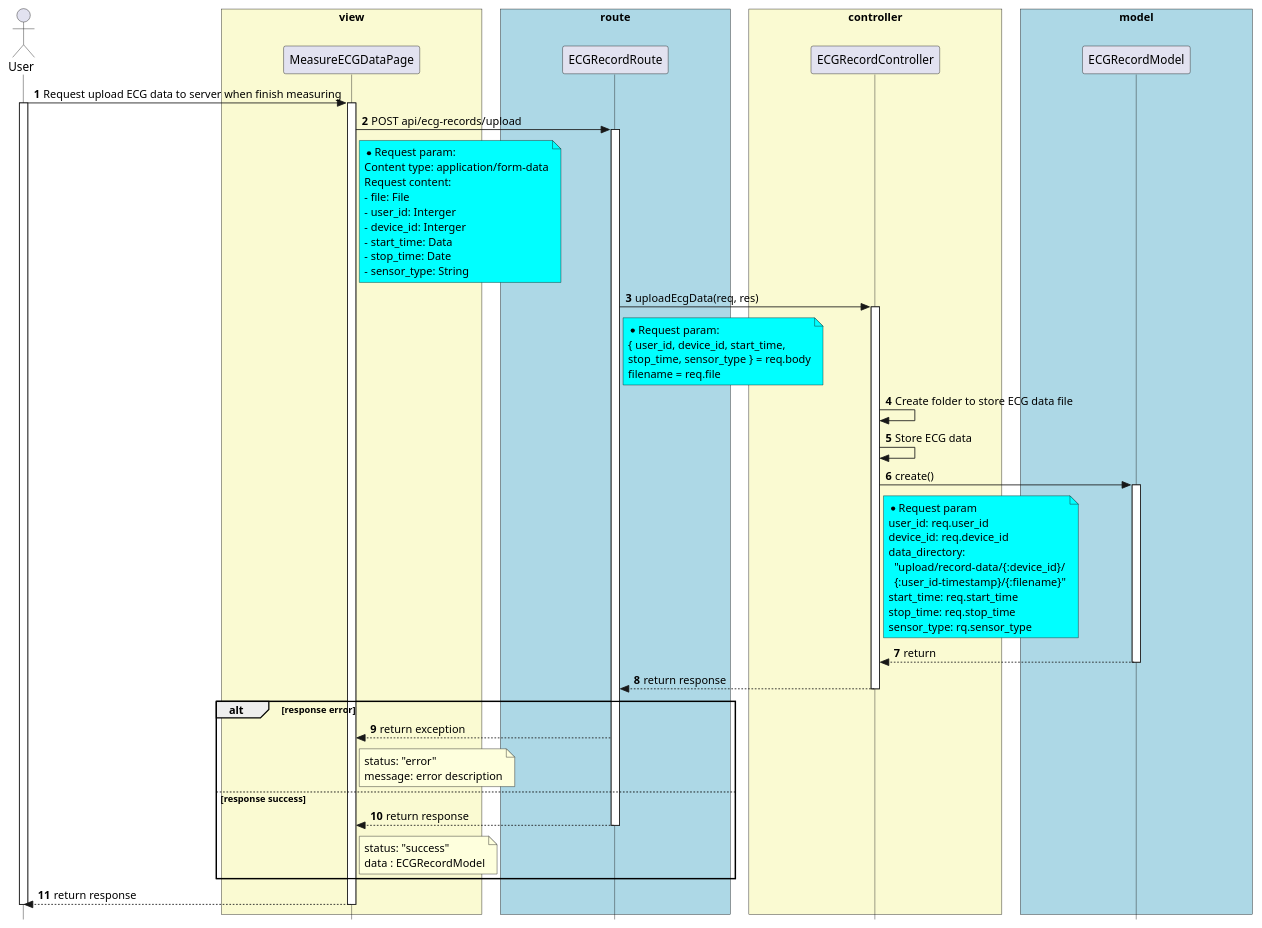
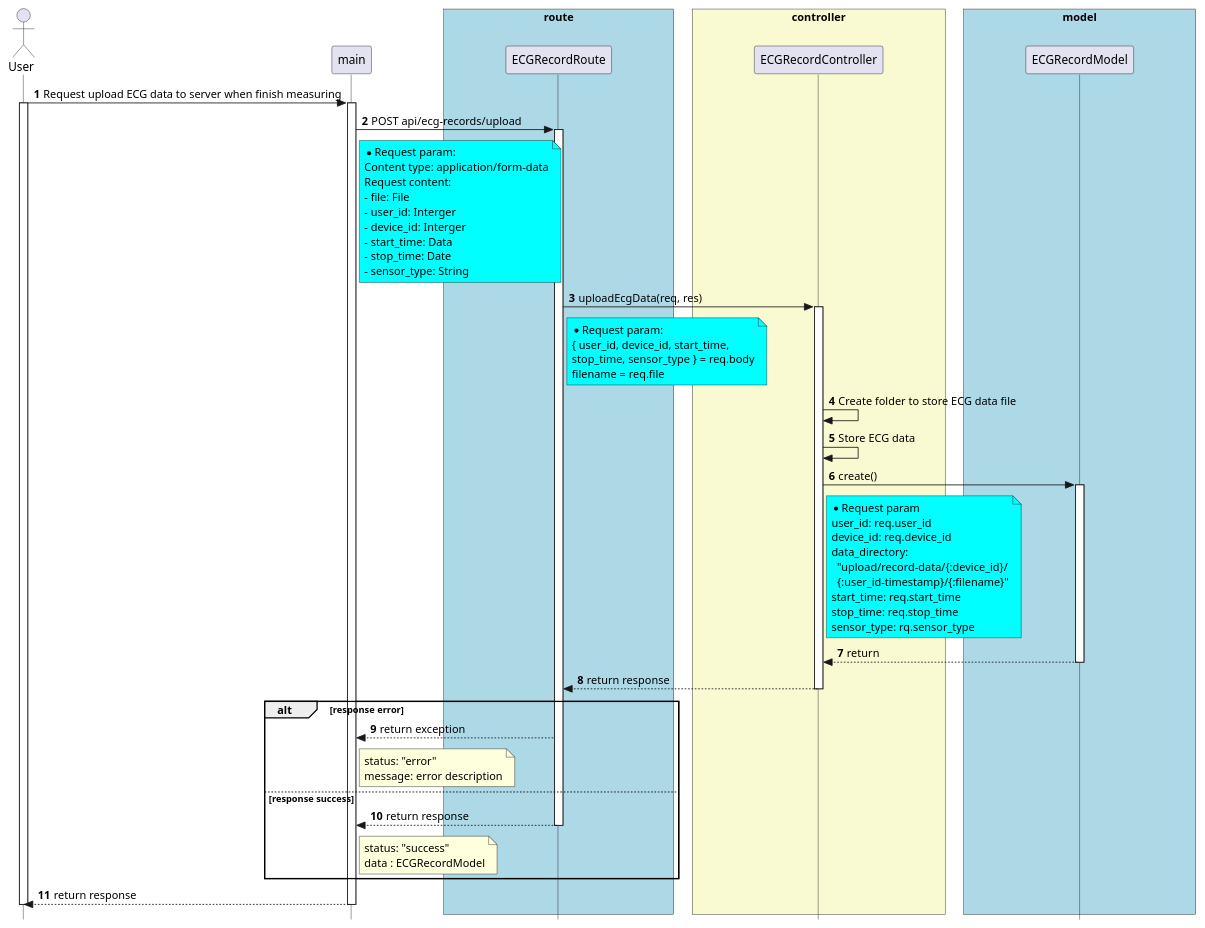
The diagram in diagram/sequence/API/ecgRecords/uploadEcgData.pu (techcomrade/fmECG), drawn with PlantUML before and after one commit. The commit also changed 75 other files, not shown here.

```diff
--- a/diagram/sequence/API/ecgRecords/uploadEcgData.pu
+++ b/diagram/sequence/API/ecgRecords/uploadEcgData.pu
@@ -3,115 +3,113 @@
 @startuml
 
 
 skinparam style strictuml
 
 skinparam lifelineStrategy solid
 
 skinparam ParticipantPadding 70
 
 skinparam BoxPadding 10
 
 autonumber
 
 actor User as User
 
-box "view" #LightGoldenRodYellow
 
-participant MeasureECGDataPage as MeasureECGDataPage
+participant main as main
 
-end box
 
 box "route" #lightBlue
 
 participant ECGRecordRoute as ECGRecordRoute
 
 end box
 
 
 box "controller" #LightGoldenRodYellow
 participant ECGRecordController as ECGRecordController
 
 end box
 
 
 box "model" #lightBlue
 participant ECGRecordModel as ECGRecordModel
 
 end box
 
 
-User -> MeasureECGDataPage: Request upload ECG data to server when finish measuring
+User -> main: Request upload ECG data to server when finish measuring
 activate User
-activate MeasureECGDataPage
+activate main
 
-MeasureECGDataPage -> ECGRecordRoute: POST api/ecg-records/upload
+main -> ECGRecordRoute: POST api/ecg-records/upload
 activate ECGRecordRoute
-note right of MeasureECGDataPage #Aqua
+note right of main #Aqua
   * Request param:
   Content type: application/form-data
   Request content:
   - file: File
   - user_id: Interger
   - device_id: Interger
   - start_time: Data
   - stop_time: Date
   - sensor_type: String
 end note
 
 
 ECGRecordRoute -> ECGRecordController: uploadEcgData(req, res)
 activate ECGRecordController
 
 note right of ECGRecordRoute #Aqua
   * Request param:
   { user_id, device_id, start_time,
   stop_time, sensor_type } = req.body
   filename = req.file
 end note
 
 ECGRecordController -> ECGRecordController: Create folder to store ECG data file
 ECGRecordController -> ECGRecordController: Store ECG data
 
 ECGRecordController -> ECGRecordModel: create()
 note right of ECGRecordController #Aqua
   * Request param
   user_id: req.user_id
   device_id: req.device_id
   data_directory: 
     "upload/record-data/{:device_id}/
     {:user_id-timestamp}/{:filename}"
   start_time: req.start_time
   stop_time: req.stop_time
   sensor_type: rq.sensor_type
 end note
 
 activate ECGRecordModel
 
 ECGRecordModel --> ECGRecordController: return 
 
 deactivate ECGRecordModel
 
 ECGRecordController --> ECGRecordRoute: return response
 
 deactivate ECGRecordController
 
 alt response error
-  ECGRecordRoute --> MeasureECGDataPage: return exception
-  note right of MeasureECGDataPage
+  ECGRecordRoute --> main: return exception
+  note right of main
     status: "error"
     message: error description
   end note
 else response success
-  ECGRecordRoute --> MeasureECGDataPage: return response
+  ECGRecordRoute --> main: return response
   deactivate ECGRecordRoute
 
-  note right of MeasureECGDataPage
+  note right of main
     status: "success"
     data : ECGRecordModel
   end note
 end
-MeasureECGDataPage --> User: return response
-deactivate MeasureECGDataPage
+main --> User: return response
+deactivate main
 deactivate User
 
 @enduml
```
